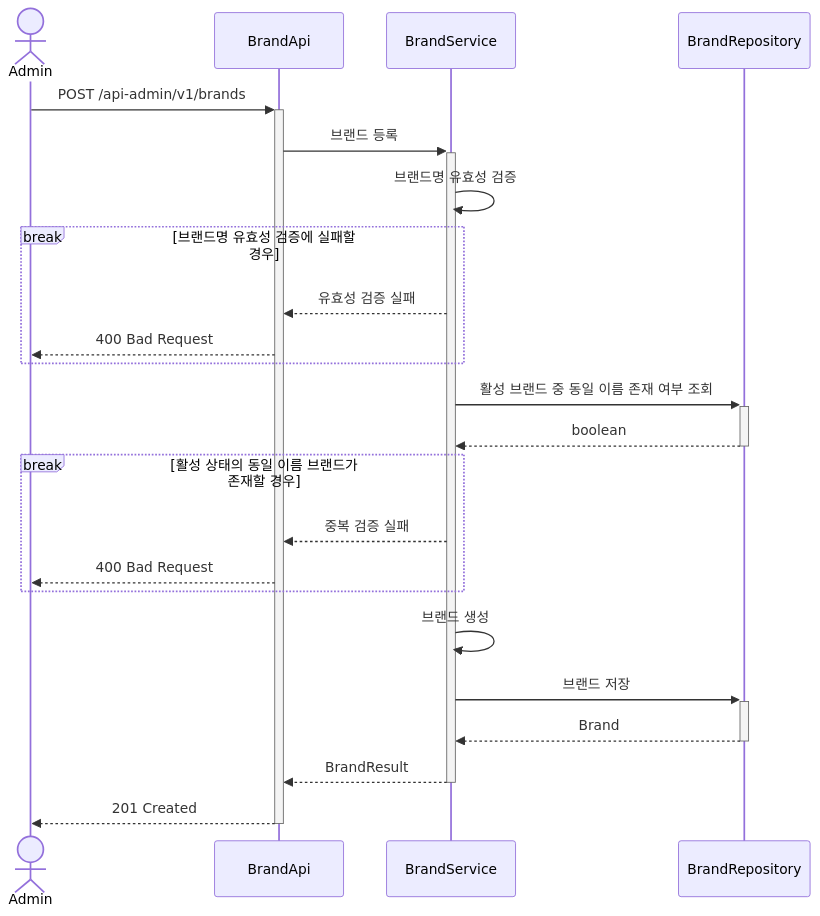
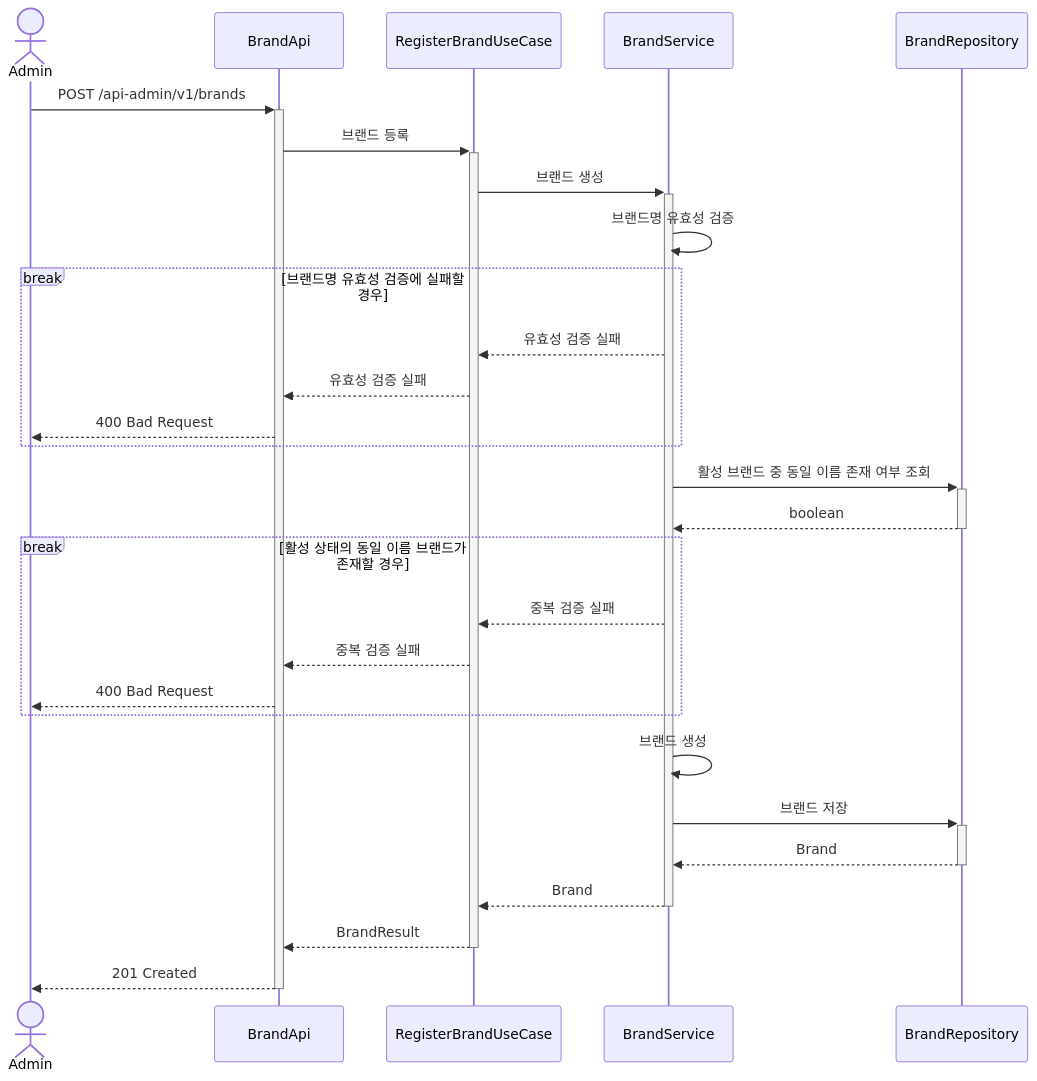
Before and after one commit to Loopers-dev-lab/loop-pack-be-l2-vol3-java: the third of 23 diagrams in .docs/design/02-sequence-diagrams.md, drawn with Mermaid. The commit also changed other lines of this file and 88 other files, not shown here.

````diff
--- a/.docs/design/02-sequence-diagrams.md
+++ b/.docs/design/02-sequence-diagrams.md
@@ -128,30 +132,35 @@
 ```mermaid
 sequenceDiagram
     actor Admin
     participant BrandApi
+    participant RegisterBrandUseCase
     participant BrandService
     participant BrandRepository
 
     Admin ->>+ BrandApi: POST /api-admin/v1/brands
-    BrandApi ->>+ BrandService: 브랜드 등록
+    BrandApi ->>+ RegisterBrandUseCase: 브랜드 등록
+    RegisterBrandUseCase ->>+ BrandService: 브랜드 생성
     BrandService ->> BrandService: 브랜드명 유효성 검증
 
     break 브랜드명 유효성 검증에 실패할 경우
-        BrandService -->> BrandApi: 유효성 검증 실패
+        BrandService -->> RegisterBrandUseCase: 유효성 검증 실패
+        RegisterBrandUseCase -->> BrandApi: 유효성 검증 실패
         BrandApi -->> Admin: 400 Bad Request
     end
 
     BrandService ->>+ BrandRepository: 활성 브랜드 중 동일 이름 존재 여부 조회
     BrandRepository -->>- BrandService: boolean
 
     break 활성 상태의 동일 이름 브랜드가 존재할 경우
-        BrandService -->> BrandApi: 중복 검증 실패
+        BrandService -->> RegisterBrandUseCase: 중복 검증 실패
+        RegisterBrandUseCase -->> BrandApi: 중복 검증 실패
         BrandApi -->> Admin: 400 Bad Request
     end
 
     BrandService ->> BrandService: 브랜드 생성
     BrandService ->>+ BrandRepository: 브랜드 저장
     BrandRepository -->>- BrandService: Brand
-    BrandService -->>- BrandApi: BrandResult
+    BrandService -->>- RegisterBrandUseCase: Brand
+    RegisterBrandUseCase -->>- BrandApi: BrandResult
     BrandApi -->>- Admin: 201 Created
 ```
````
